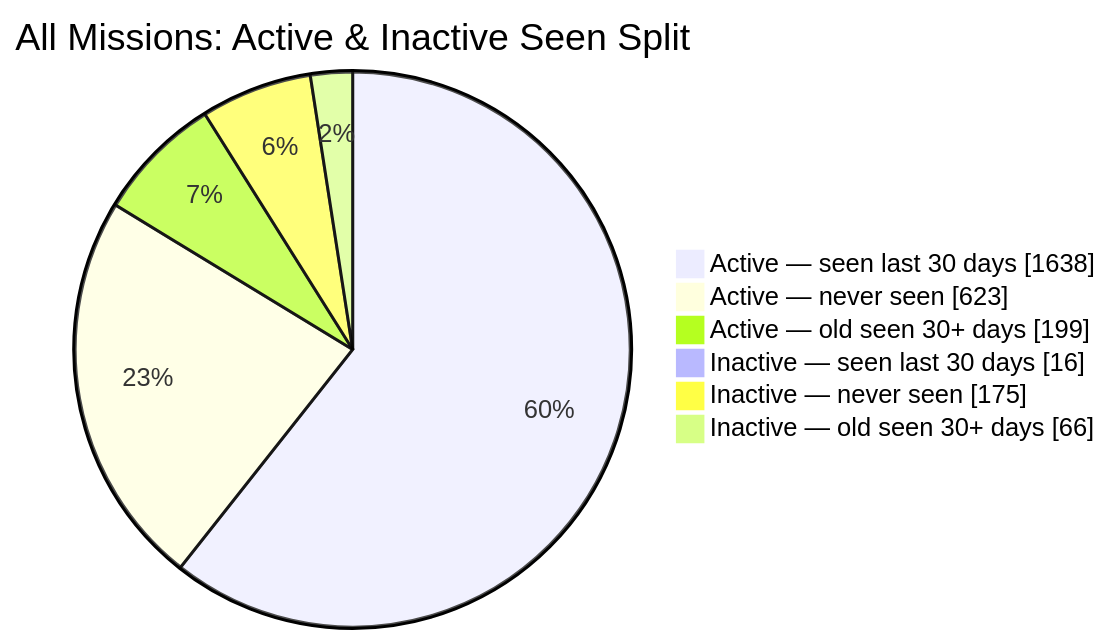
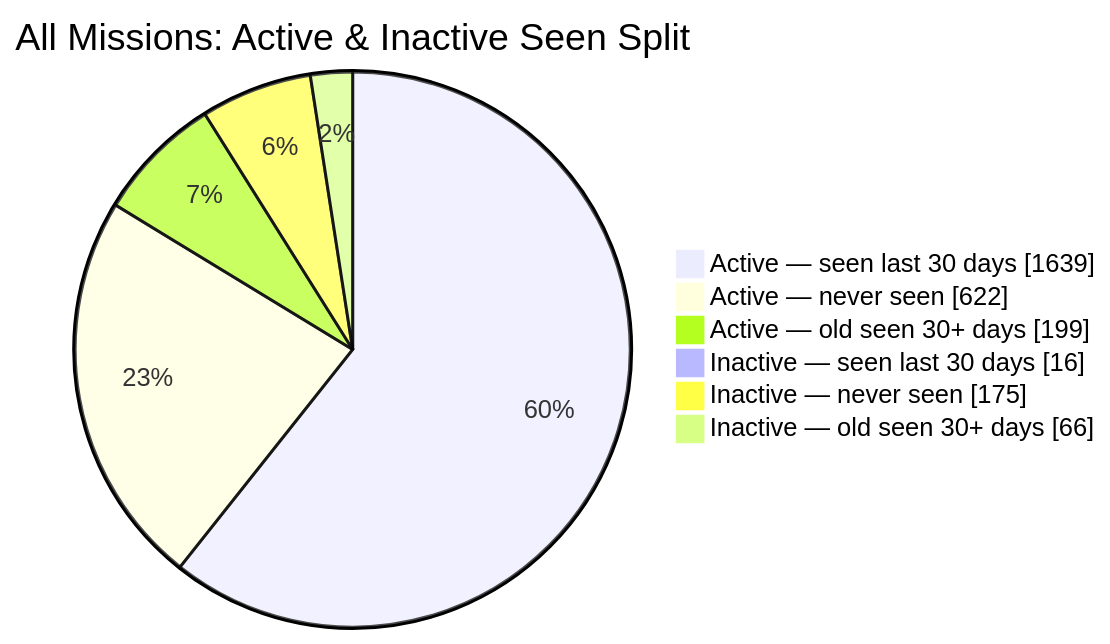
Before and after one commit to MeldkamerspelGameTeam/active-missions: the second of 2 diagrams in README.md, drawn with Mermaid. The commit also changed other lines of this file and 2 other files, not shown here.

````diff
--- a/README.md
+++ b/README.md
@@ -44,10 +44,10 @@
 ```mermaid
 pie showData
     title All Missions: Active & Inactive Seen Split
-    "Active — seen last 30 days" : 1638
-    "Active — never seen" : 623
+    "Active — seen last 30 days" : 1639
+    "Active — never seen" : 622
     "Active — old seen 30+ days" : 199
     "Inactive — seen last 30 days" : 16
     "Inactive — never seen" : 175
     "Inactive — old seen 30+ days" : 66
 ```
````
